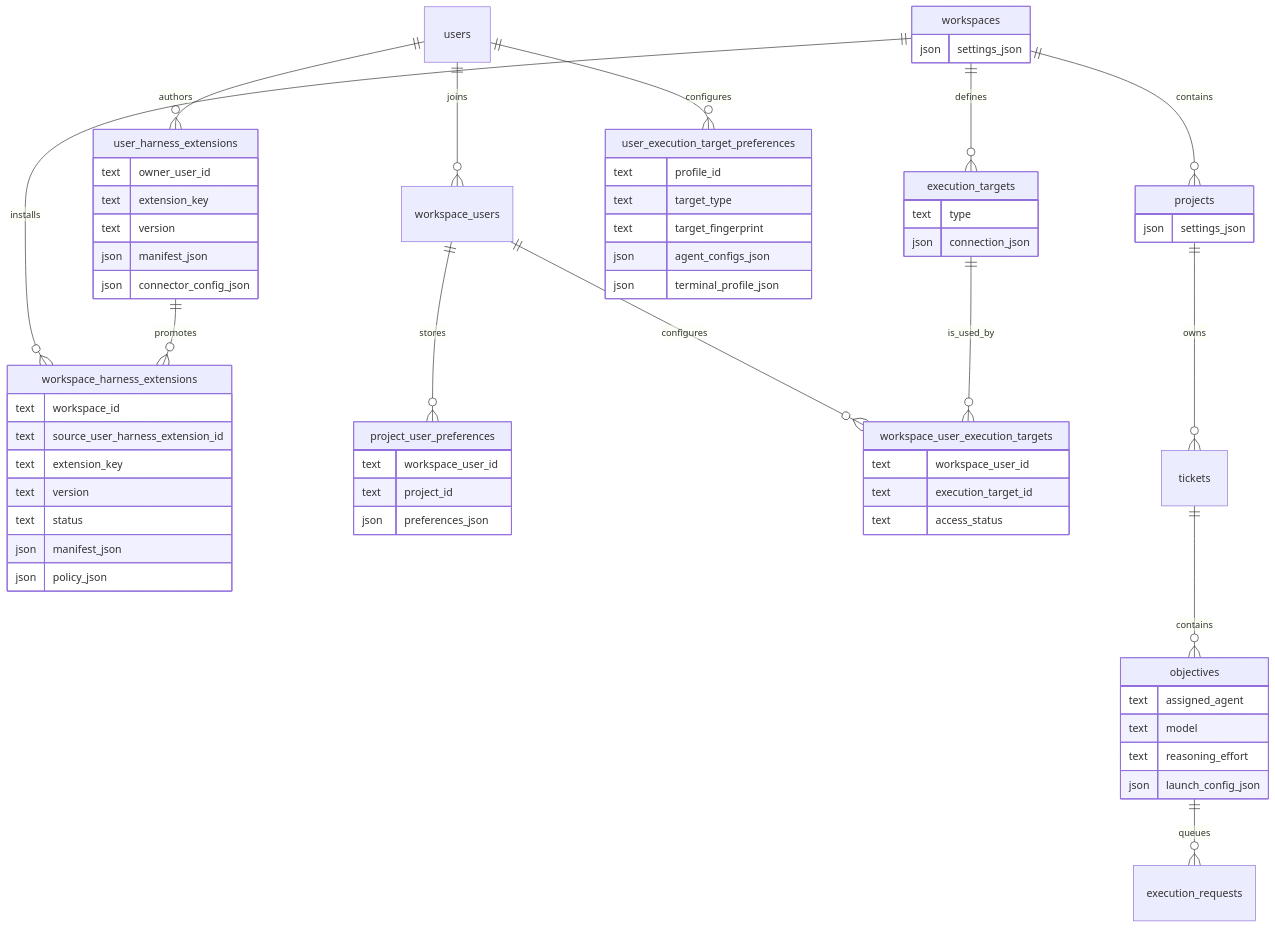
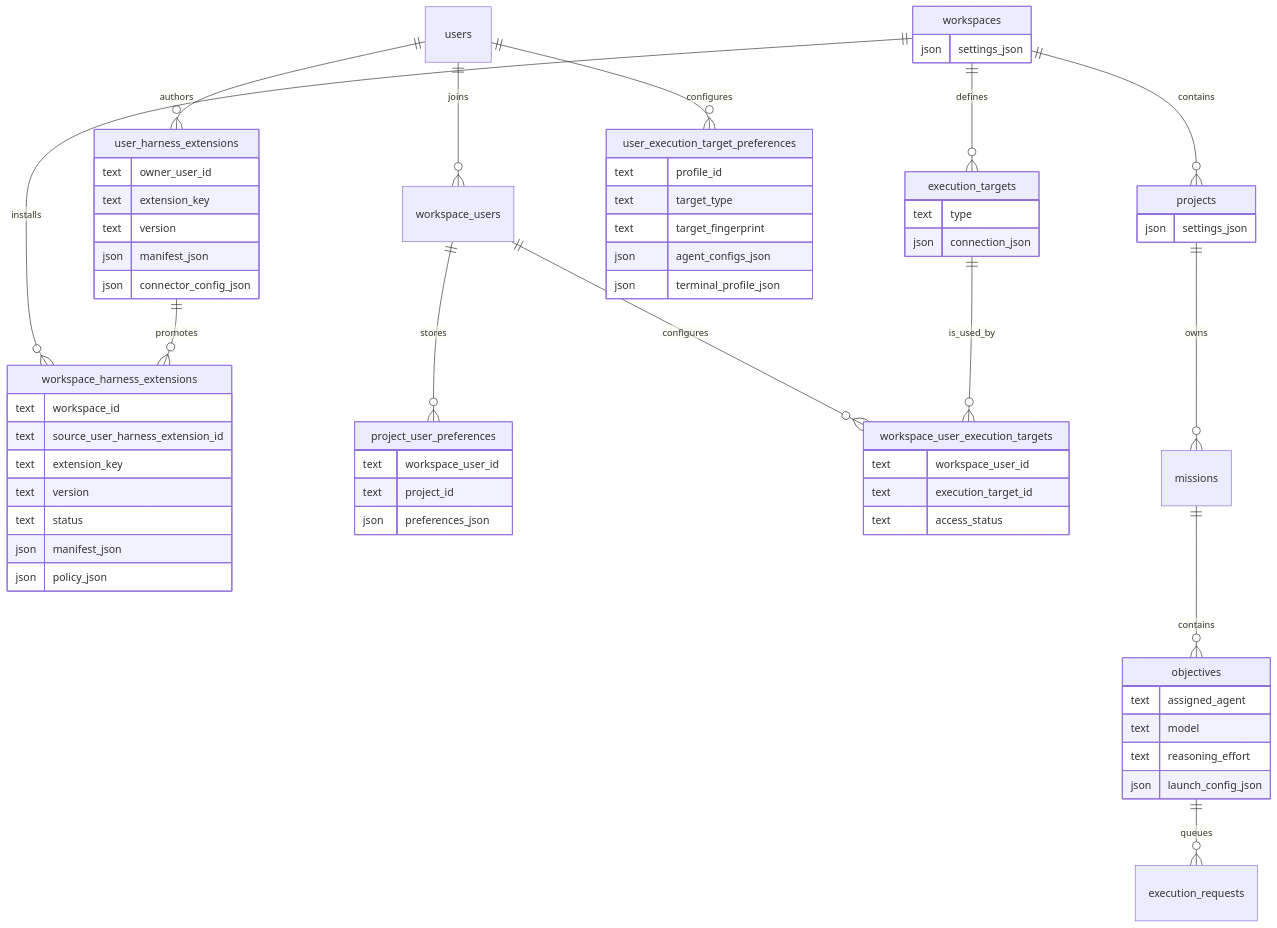
One commit to cooperativ-labs/OpenOverlord changed the first of 4 diagrams in connectors/docs/agent-harness-configuration-architecture.md. Above: the diagram before and after it, drawn with Mermaid. The commit also changed 362 other files, not shown here.

First line of the commit message:
Update contract version to `0.43-draft` and transition from tickets to missions

````diff
--- a/connectors/docs/agent-harness-configuration-architecture.md
+++ b/connectors/docs/agent-harness-configuration-architecture.md
@@ -65,74 +65,74 @@
 ```mermaid
 erDiagram
   workspaces ||--o{ projects : contains
   workspaces ||--o{ execution_targets : defines
   users ||--o{ workspace_users : joins
   users ||--o{ user_execution_target_preferences : configures
   users ||--o{ user_harness_extensions : authors
   workspaces ||--o{ workspace_harness_extensions : installs
   user_harness_extensions ||--o{ workspace_harness_extensions : promotes
   workspace_users ||--o{ project_user_preferences : stores
   workspace_users ||--o{ workspace_user_execution_targets : configures
   execution_targets ||--o{ workspace_user_execution_targets : is_used_by
-  projects ||--o{ tickets : owns
-  tickets ||--o{ objectives : contains
+  projects ||--o{ missions : owns
+  missions ||--o{ objectives : contains
   objectives ||--o{ execution_requests : queues
 
   workspaces {
     json settings_json
   }
 
   projects {
     json settings_json
   }
 
   project_user_preferences {
     text workspace_user_id
     text project_id
     json preferences_json
   }
 
   user_harness_extensions {
     text owner_user_id
     text extension_key
     text version
     json manifest_json
     json connector_config_json
   }
 
   workspace_harness_extensions {
     text workspace_id
     text source_user_harness_extension_id
     text extension_key
     text version
     text status
     json manifest_json
     json policy_json
   }
 
   execution_targets {
     text type
     json connection_json
   }
 
   workspace_user_execution_targets {
     text workspace_user_id
     text execution_target_id
     text access_status
   }
 
   user_execution_target_preferences {
     text profile_id
     text target_type
     text target_fingerprint
     json agent_configs_json
     json terminal_profile_json
   }
 
   objectives {
     text assigned_agent
     text model
     text reasoning_effort
     json launch_config_json
   }
 ```
````
